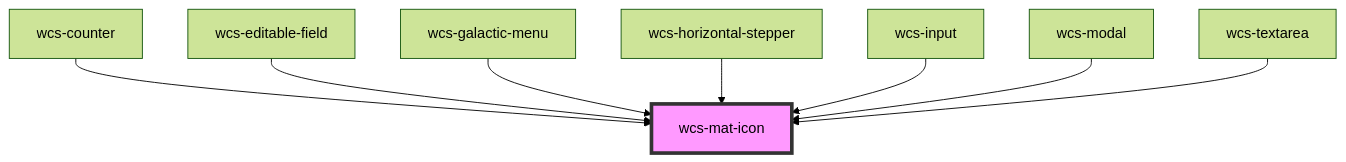
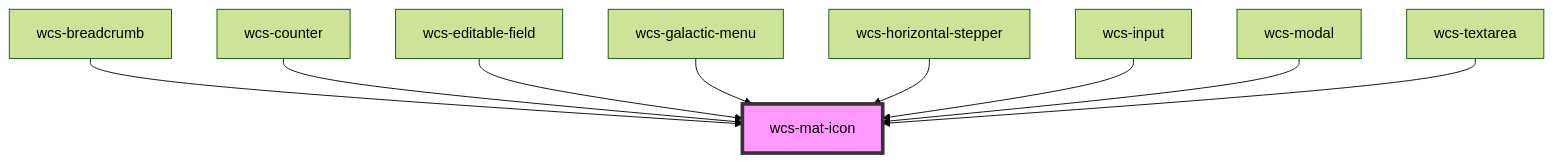
One commit to SNCFdevelopers/wcs changed the diagram in src/components/mat-icon/readme.md. Above: the diagram before and after it, drawn with Mermaid (forest theme). The commit also changed other lines of this file and 52 other files, not shown here.

````diff
--- a/src/components/mat-icon/readme.md
+++ b/src/components/mat-icon/readme.md
@@ -52,11 +53,12 @@
 ```mermaid
 graph TD;
+  wcs-breadcrumb --> wcs-mat-icon
   wcs-counter --> wcs-mat-icon
   wcs-editable-field --> wcs-mat-icon
   wcs-galactic-menu --> wcs-mat-icon
   wcs-horizontal-stepper --> wcs-mat-icon
   wcs-input --> wcs-mat-icon
   wcs-modal --> wcs-mat-icon
   wcs-textarea --> wcs-mat-icon
   style wcs-mat-icon fill:#f9f,stroke:#333,stroke-width:4px
 ```
````
